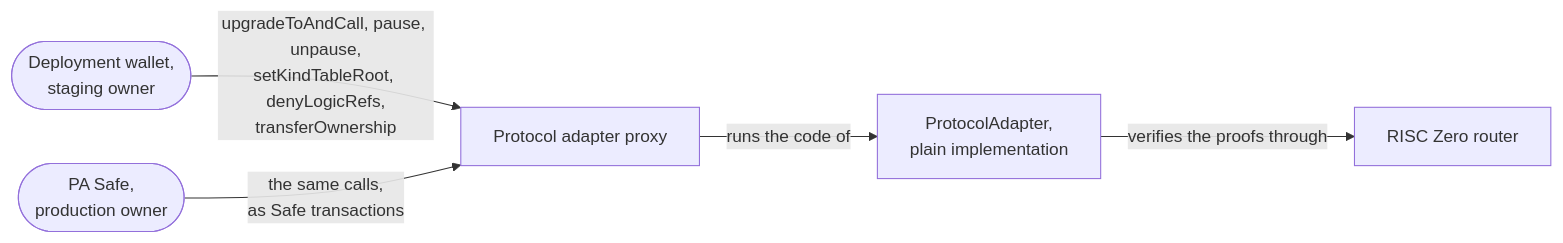
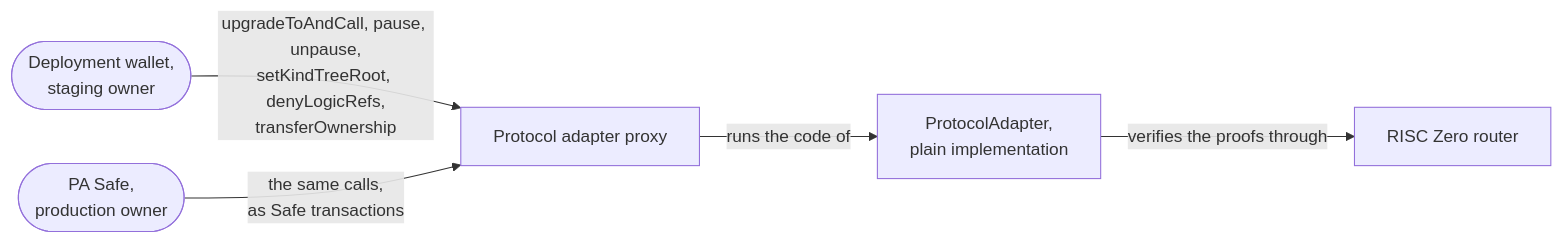
Before and after one commit to anoma/pa-evm: the first of 2 diagrams in docs/02-upgrades.md, drawn with Mermaid. The commit also changed other lines of this file and 3 other files, not shown here.

Commit message:
docs: use the kind tree root names

````diff
--- a/docs/02-upgrades.md
+++ b/docs/02-upgrades.md
@@ -7,13 +7,13 @@
 ```mermaid
 flowchart LR
     wallet([Deployment wallet,<br/>staging owner])
     pasafe([PA Safe,<br/>production owner])
     proxy[Protocol adapter proxy]
     plain[ProtocolAdapter,<br/>plain implementation]
     router[RISC Zero router]
 
-    wallet -->|upgradeToAndCall, pause, unpause,<br/>setKindTableRoot, denyLogicRefs,<br/>transferOwnership| proxy
+    wallet -->|upgradeToAndCall, pause, unpause,<br/>setKindTreeRoot, denyLogicRefs,<br/>transferOwnership| proxy
     pasafe -->|the same calls,<br/>as Safe transactions| proxy
     proxy -->|runs the code of| plain
     plain -->|verifies the proofs through| router
 ```
````
